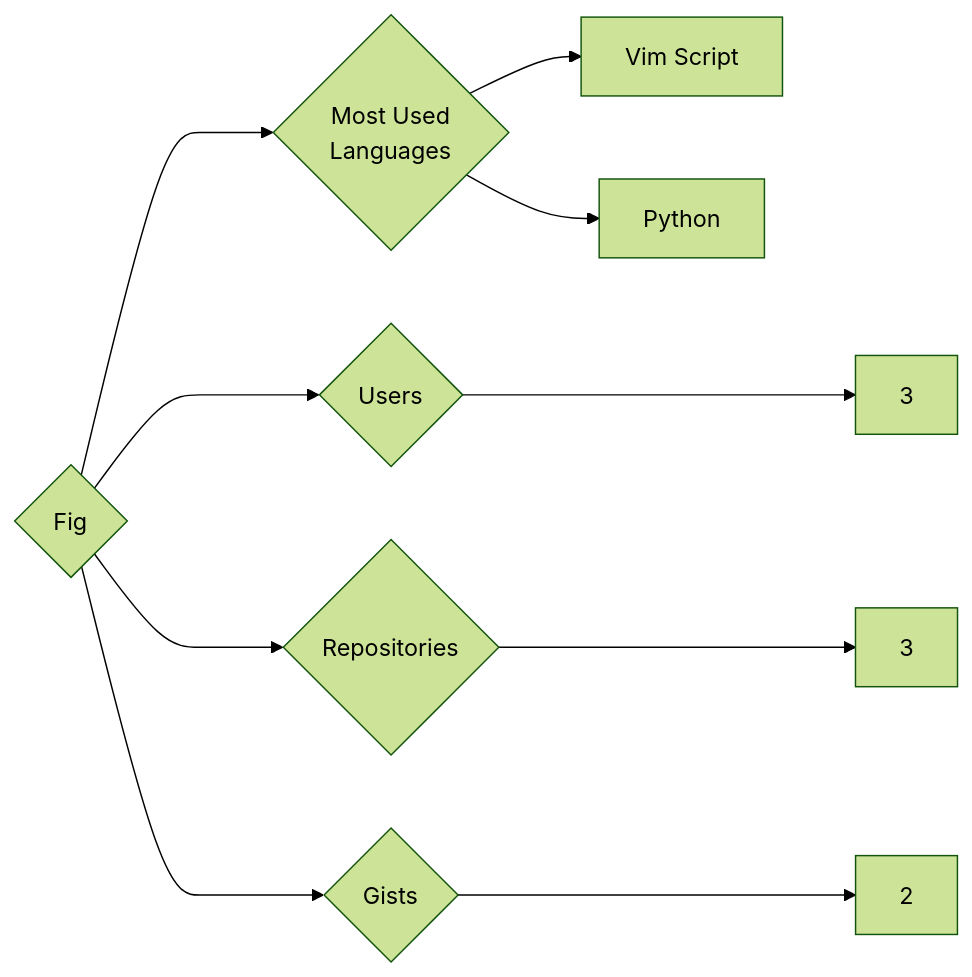
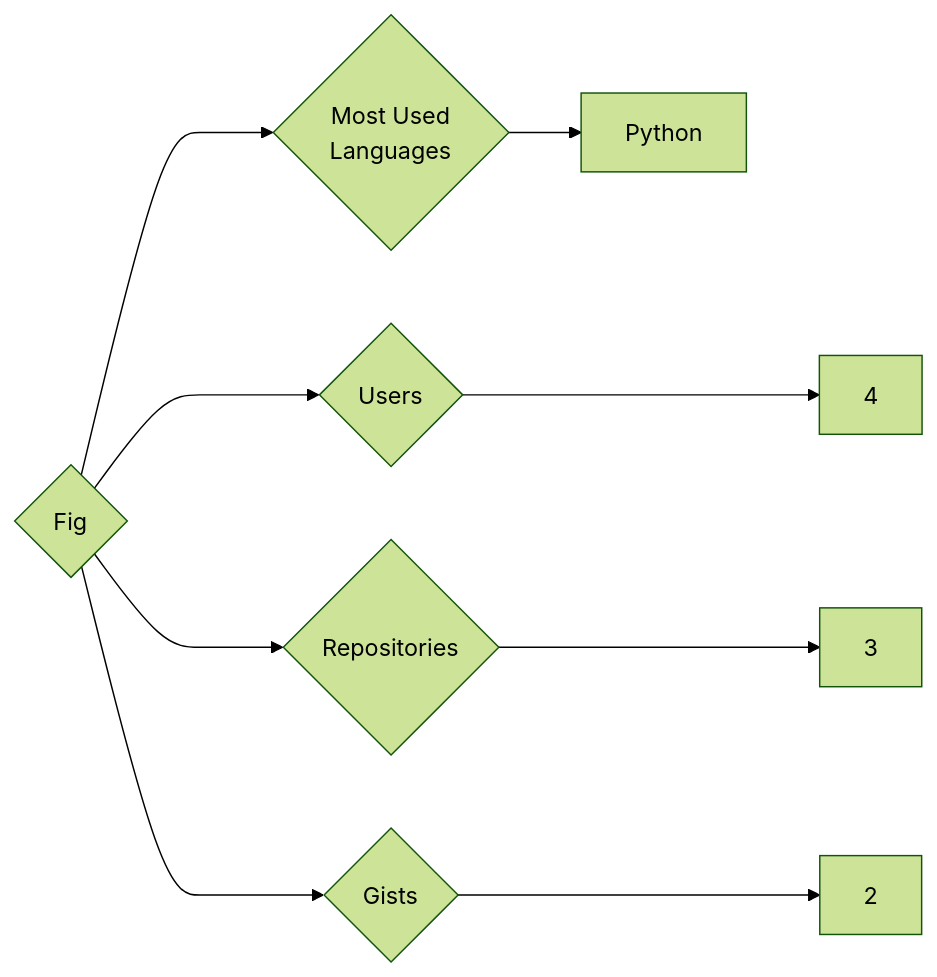
One commit to trickest/insiders changed the diagram in targets/Fig/README.md. Above: the diagram before and after it, drawn with Mermaid (forest theme). The commit also changed 1148 other files, not shown here.

````diff
--- a/targets/Fig/README.md
+++ b/targets/Fig/README.md
@@ -3,10 +3,9 @@
 ```mermaid
 graph LR
 COMPANY_NAME{Fig}
-COMPANY_NAME ---> U{Users} ---> UN[3]
+COMPANY_NAME ---> U{Users} ---> UN[4]
 COMPANY_NAME ---> R{Repositories} ---> RN[3]
 COMPANY_NAME ---> G{Gists} ---> GN[2]
 COMPANY_NAME ---> ML{Most Used<br>Languages}
-ML --> Vim_Script[Vim Script]
 ML --> Python[Python]
 ```
````
